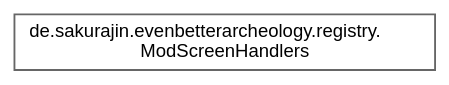
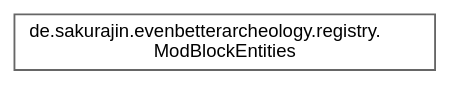
The diagram in inherit_graph_19.dot (noah1510/EvenBetterArcheology), drawn with Graphviz before and after one commit. The commit also changed 197 other files, not shown here.

```diff
--- a/inherit_graph_19.dot
+++ b/inherit_graph_19.dot
@@ -1,9 +1,9 @@
 digraph "Graphical Class Hierarchy"
 {
  // LATEX_PDF_SIZE
   bgcolor="transparent";
   edge [fontname=Helvetica,fontsize=10,labelfontname=Helvetica,labelfontsize=10];
   node [fontname=Helvetica,fontsize=10,shape=box,height=0.2,width=0.4];
   rankdir="LR";
-  Node0 [label="de.sakurajin.evenbetterarcheology.registry.\lModScreenHandlers",height=0.2,width=0.4,color="grey40", fillcolor="white", style="filled",URL="$classde_1_1sakurajin_1_1evenbetterarcheology_1_1registry_1_1ModScreenHandlers.html",tooltip=" "];
+  Node0 [label="de.sakurajin.evenbetterarcheology.registry.\lModBlockEntities",height=0.2,width=0.4,color="grey40", fillcolor="white", style="filled",URL="$classde_1_1sakurajin_1_1evenbetterarcheology_1_1registry_1_1ModBlockEntities.html",tooltip=" "];
 }
```
